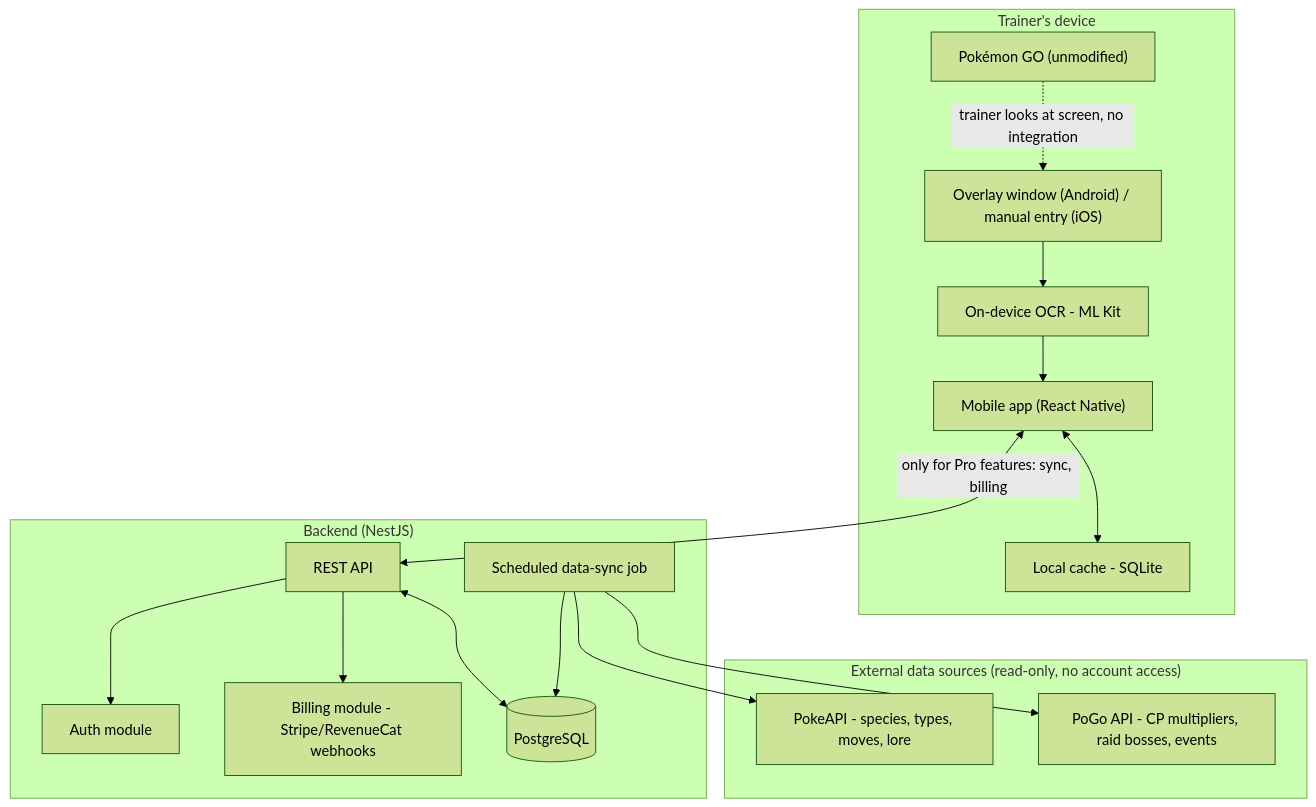
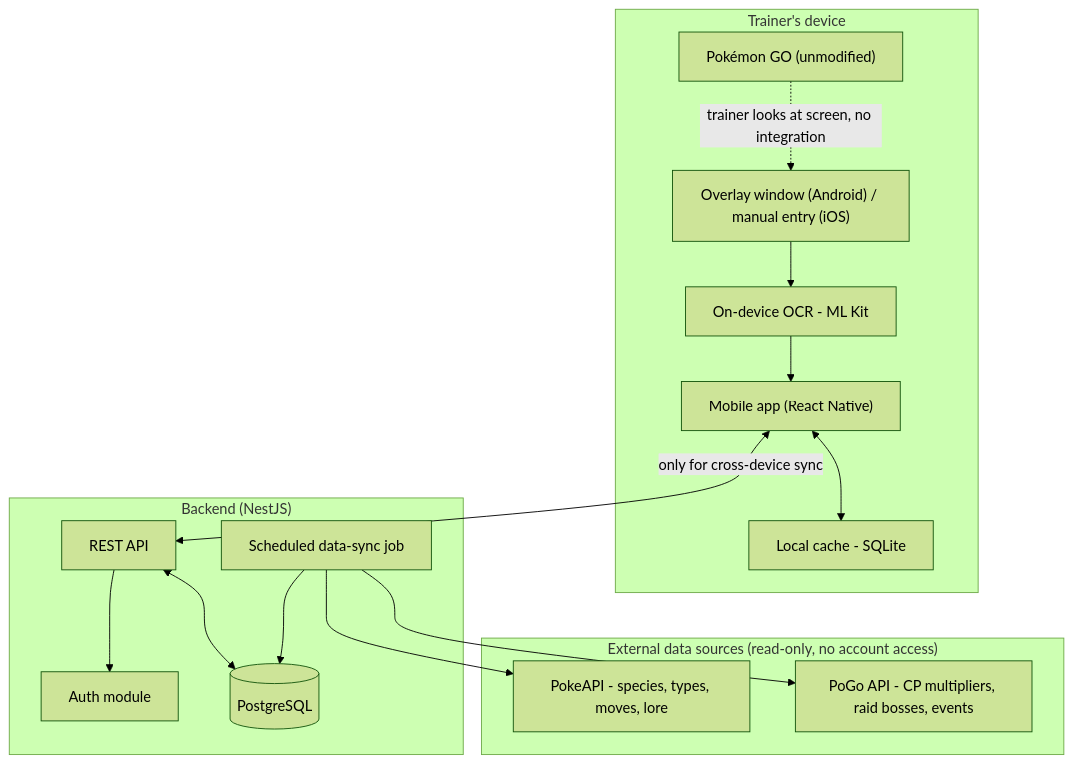
Before and after one commit to leodah20/pokemon-trainer-companion: the diagram in docs/architecture.md, drawn with Mermaid (forest theme). The commit also changed other lines of this file and 22 other files, not shown here.

First line of the commit message:
feat: add Type Chart, Comparison, Top Rankings, and Quiz screens

````diff
--- a/docs/architecture.md
+++ b/docs/architecture.md
@@ -5,35 +5,33 @@
 ```mermaid
 flowchart TB
     subgraph Device["Trainer's device"]
         PogoApp["Pokémon GO (unmodified)"]
         Overlay["Overlay window (Android) / manual entry (iOS)"]
         OCR["On-device OCR - ML Kit"]
         LocalDB["Local cache - SQLite"]
         MobileApp["Mobile app (React Native)"]
     end
 
     subgraph Cloud["Backend (NestJS)"]
         API["REST API"]
         Auth["Auth module"]
-        Billing["Billing module - Stripe/RevenueCat webhooks"]
         SyncJob["Scheduled data-sync job"]
         Postgres[("PostgreSQL")]
     end
 
     subgraph External["External data sources (read-only, no account access)"]
         PokeAPI["PokeAPI - species, types, moves, lore"]
         PoGoAPI["PoGo API - CP multipliers, raid bosses, events"]
     end
 
     PogoApp -. "trainer looks at screen, no integration" .-> Overlay
     Overlay --> OCR
     OCR --> MobileApp
     MobileApp <--> LocalDB
-    MobileApp <-- "only for Pro features: sync, billing" --> API
+    MobileApp <-- "only for cross-device sync" --> API
     API --> Auth
-    API --> Billing
     API <--> Postgres
     SyncJob --> PokeAPI
     SyncJob --> PoGoAPI
     SyncJob --> Postgres
 ```
````
